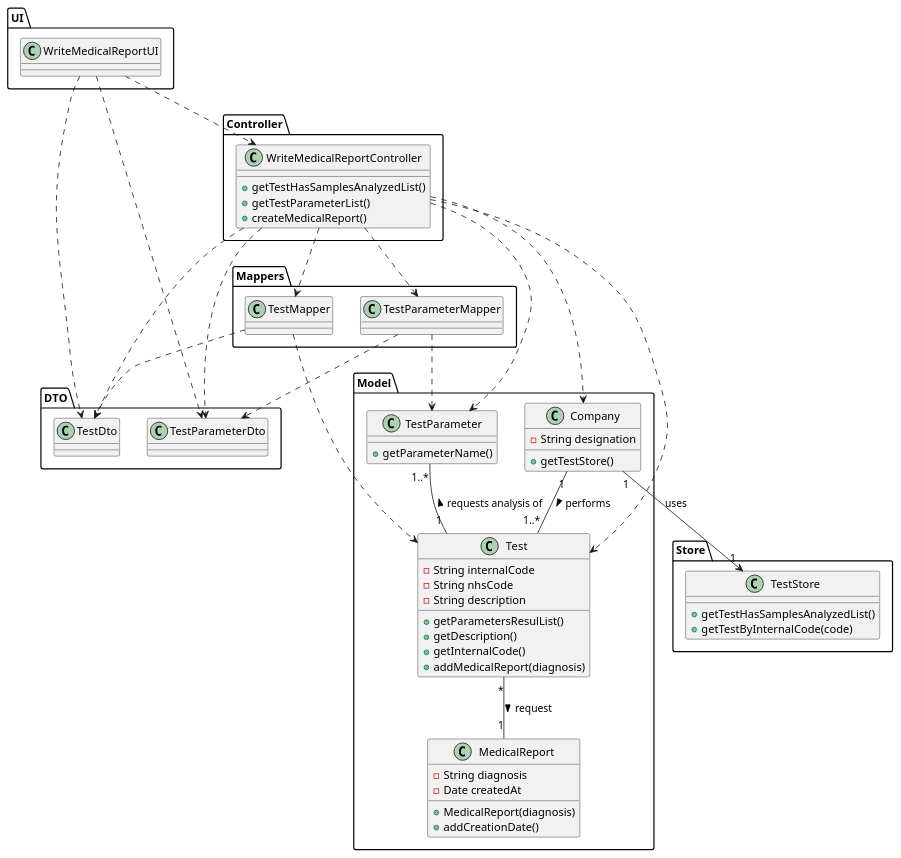
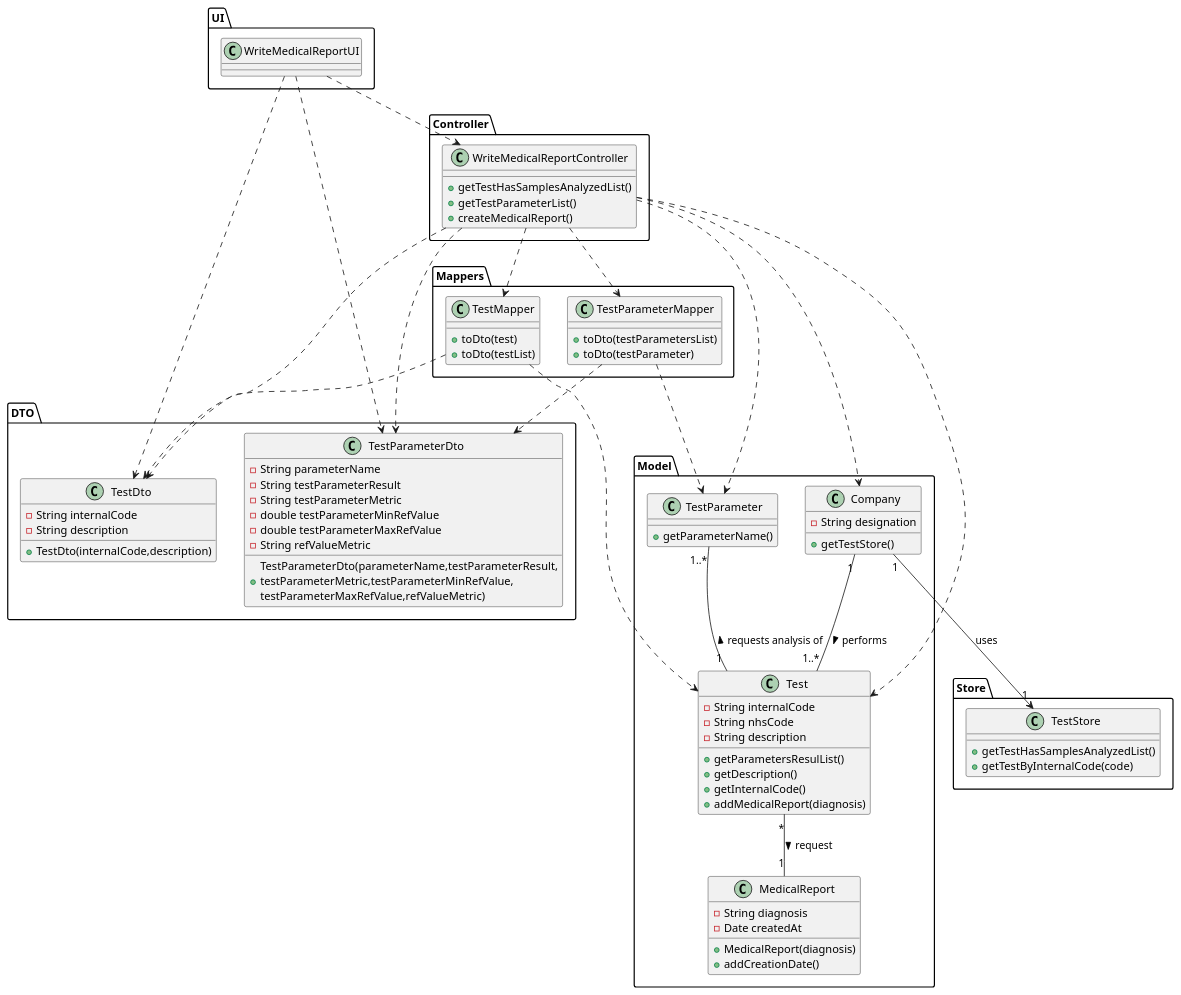
Before and after one commit to manu-07-ela/LAPR2_ISEP: the diagram in docs/SprintC/US14/US14_CD.puml, drawn with PlantUML. The commit also changed 16 other files, not shown here.

Commit message:
testParameterDto class correction

```diff
--- a/docs/SprintC/US14/US14_CD.puml
+++ b/docs/SprintC/US14/US14_CD.puml
@@ -1,87 +1,101 @@
 @startuml
 
 package UI{
 class WriteMedicalReportUI{
 }
 }
 
 package Controller{
 class WriteMedicalReportController{
 +getTestHasSamplesAnalyzedList()
 +getTestParameterList()
 +createMedicalReport()
 }
 }
 
 package Model{
 class Company{
 -String designation
 +getTestStore()
 }
 
 class Test{
 -String internalCode
 -String nhsCode
 -String description
 +getParametersResulList()
 +getDescription()
 +getInternalCode()
 +addMedicalReport(diagnosis)
 }
 
 class MedicalReport{
 -String diagnosis
 -Date createdAt
 + MedicalReport(diagnosis)
 + addCreationDate()
 }
 
 class TestParameter{
 + getParameterName()
 }
 }
 
 package Store{
 class TestStore{
 +getTestHasSamplesAnalyzedList()
 +getTestByInternalCode(code)
 }
 }
 
 package Mappers{
 class TestMapper{
++toDto(test)
++toDto(testList)
 }
 
 class TestParameterMapper{
++toDto(testParametersList)
++toDto(testParameter)
 }
 }
 
 package DTO{
 class TestDto{
+-String internalCode
+-String description
++TestDto(internalCode,description)
 }
 
 class TestParameterDto{
+-String parameterName
+-String testParameterResult
+-String testParameterMetric
+-double testParameterMinRefValue
+-double testParameterMaxRefValue
+-String refValueMetric
++TestParameterDto(parameterName,testParameterResult,\ntestParameterMetric,testParameterMinRefValue,\ntestParameterMaxRefValue,refValueMetric)
 }
 }
 
 
 WriteMedicalReportUI ..> WriteMedicalReportController
 WriteMedicalReportUI ..> TestDto
 WriteMedicalReportUI ..> TestParameterDto
 WriteMedicalReportController ..> Company
 WriteMedicalReportController ..> TestMapper
 WriteMedicalReportController ...> TestParameterDto
 WriteMedicalReportController ...> TestDto
 WriteMedicalReportController ...> TestParameter
 WriteMedicalReportController ...> Test
 WriteMedicalReportController ..> TestParameterMapper
 TestParameterMapper ..> TestParameterDto
 TestParameterMapper ..> TestParameter
 TestMapper ..> TestDto
 TestMapper ..> Test
 Company "1"--"1..*" Test : performs >
 TestParameter "1..*" --"1" Test : requests analysis of <
 Test "*"--"1" MedicalReport : request >
 Company"1"--> "1" TestStore : uses
 
 @enduml
```
